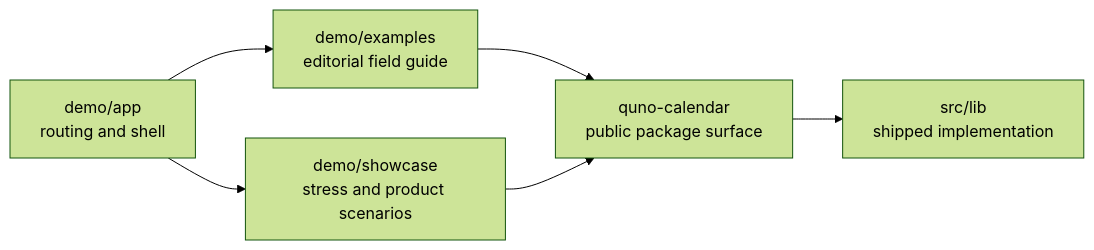
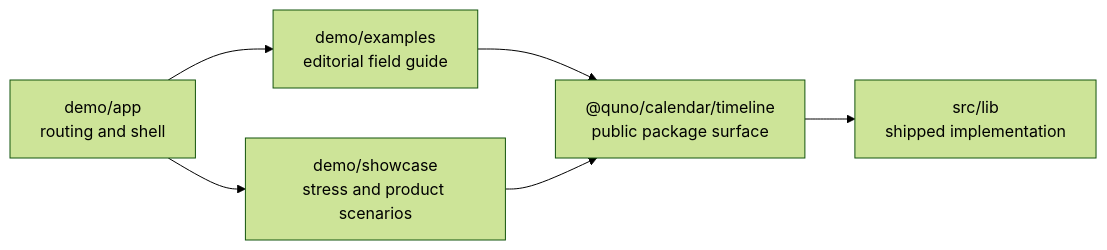
Before and after one commit to junomedical/quno-calendar: the diagram in demo/README.md, drawn with Mermaid (forest theme). The commit also changed 402 other files, not shown here.

Commit message:
feat: consolidate calendar and datepicker package

````diff
--- a/demo/README.md
+++ b/demo/README.md
@@ -5,8 +5,8 @@
 ```mermaid
 flowchart LR
   App["demo/app<br/>routing and shell"] --> Guide["demo/examples<br/>editorial field guide"]
   App --> Showcase["demo/showcase<br/>stress and product scenarios"]
-  Guide --> Public["quno-calendar<br/>public package surface"]
+  Guide --> Public["@quno/calendar/timeline<br/>public package surface"]
   Showcase --> Public
   Public --> Library["src/lib<br/>shipped implementation"]
 ```
````
